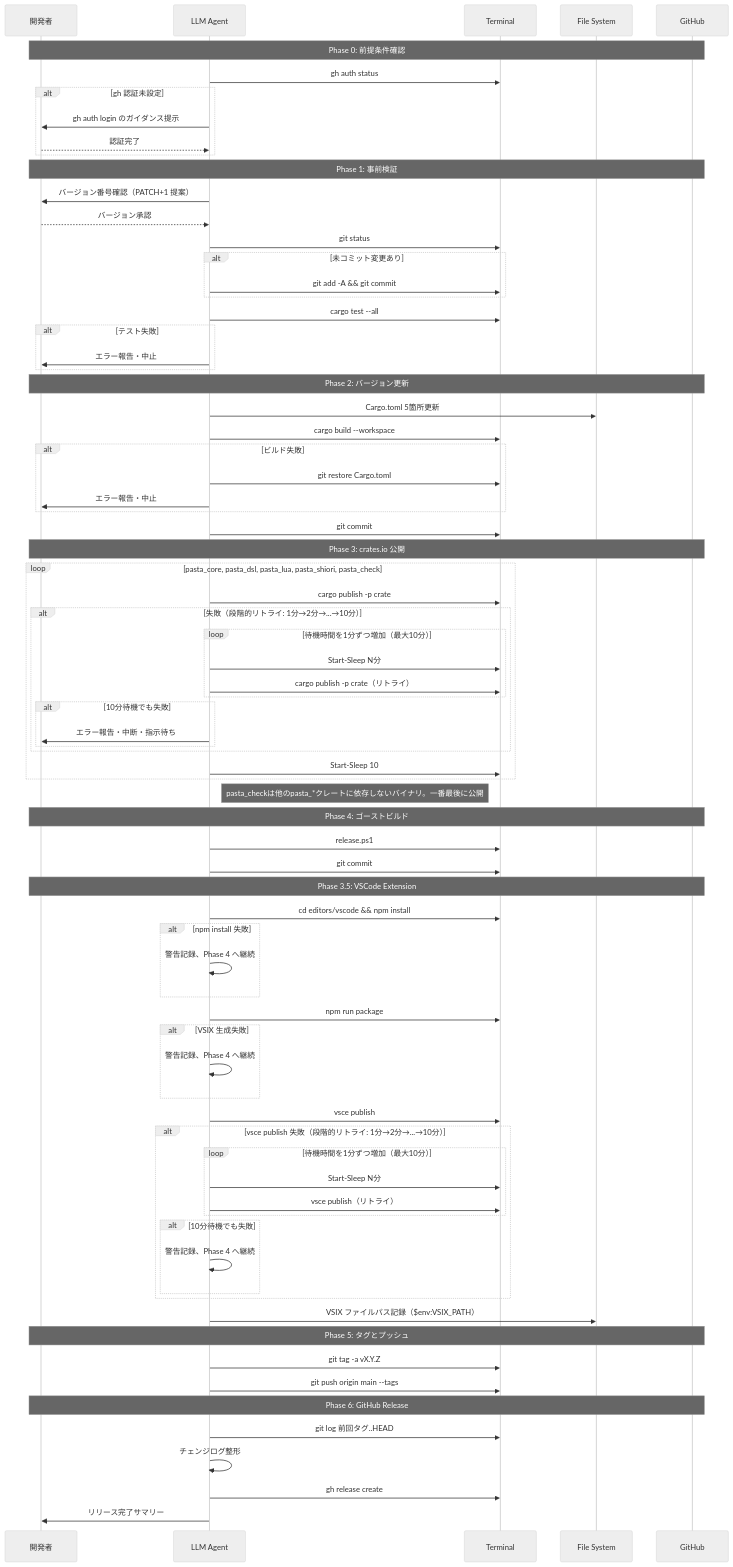
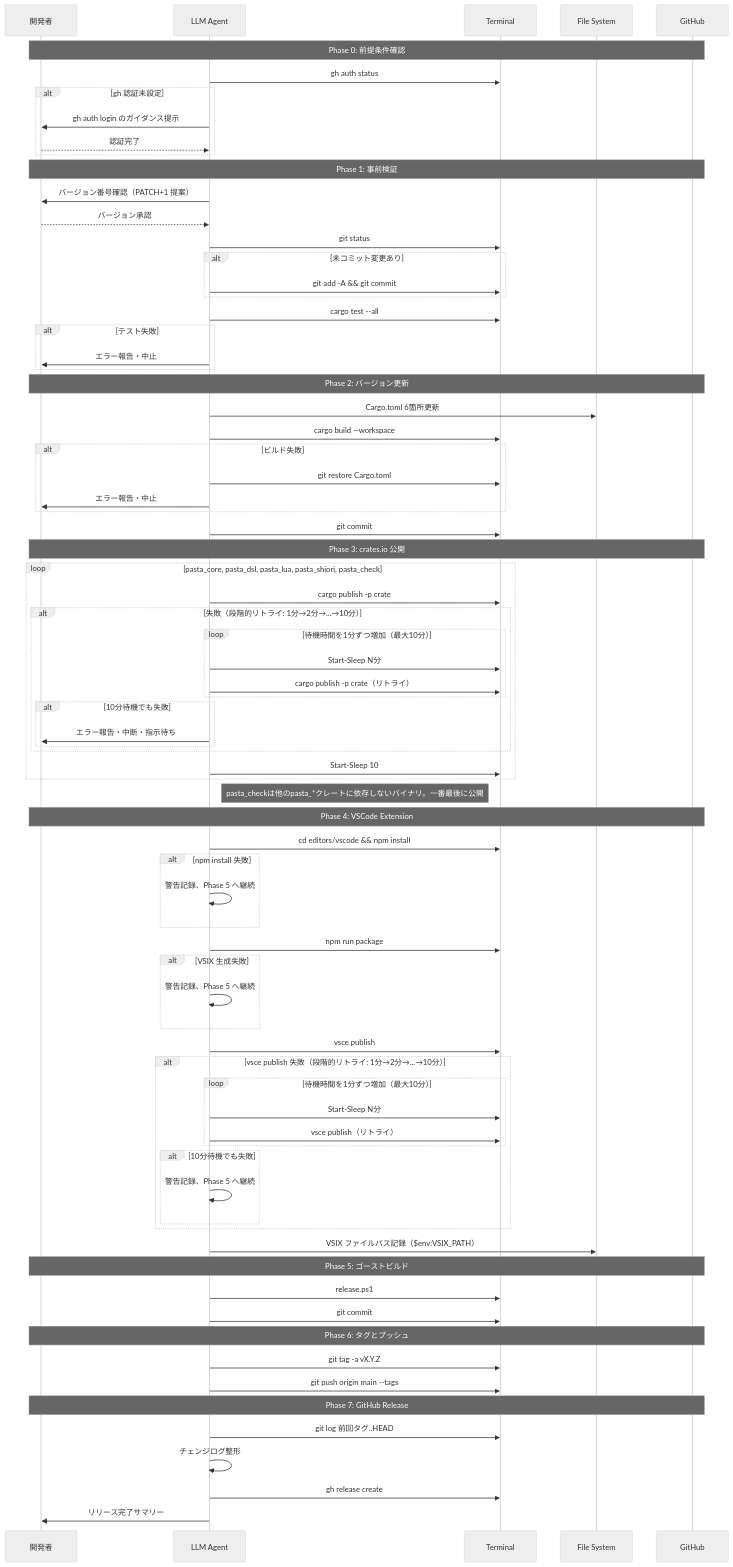
Before and after one commit to ekicyou/pasta: the second of 3 diagrams in .kiro/specs/release-workflow/design.md, drawn with Mermaid (neutral theme). The commit also changed other lines of this file and 3 other files, not shown here.

First line of the commit message:
spec(release-workflow): update to kiro SDD format with full task graph

```diff
--- a/.kiro/specs/release-workflow/design.md
+++ b/.kiro/specs/release-workflow/design.md
@@ -163,7 +218,7 @@
     end
 
     Note over Dev,GH: Phase 2: バージョン更新
-    LLM->>FS: Cargo.toml 5箇所更新
+    LLM->>FS: Cargo.toml 6箇所更新
     LLM->>Term: cargo build --workspace
     alt ビルド失敗
         LLM->>Term: git restore Cargo.toml
@@ -187,18 +242,14 @@
     end
     Note right of LLM: pasta_checkは他のpasta_*クレートに依存しないバイナリ。一番最後に公開
 
-    Note over Dev,GH: Phase 4: ゴーストビルド
-    LLM->>Term: release.ps1
-    LLM->>Term: git commit
-
-    Note over Dev,GH: Phase 3.5: VSCode Extension
+    Note over Dev,GH: Phase 4: VSCode Extension
     LLM->>Term: cd editors/vscode && npm install
     alt npm install 失敗
-        LLM->>LLM: 警告記録、Phase 4 へ継続
+        LLM->>LLM: 警告記録、Phase 5 へ継続
     end
     LLM->>Term: npm run package
     alt VSIX 生成失敗
-        LLM->>LLM: 警告記録、Phase 4 へ継続
+        LLM->>LLM: 警告記録、Phase 5 へ継続
     end
     LLM->>Term: vsce publish
     alt vsce publish 失敗（段階的リトライ: 1分→2分→...→10分）
@@ -207,16 +258,20 @@
             LLM->>Term: vsce publish（リトライ）
         end
         alt 10分待機でも失敗
-            LLM->>LLM: 警告記録、Phase 4 へ継続
+            LLM->>LLM: 警告記録、Phase 5 へ継続
         end
     end
     LLM->>FS: VSIX ファイルパス記録（$env:VSIX_PATH）
 
-    Note over Dev,GH: Phase 5: タグとプッシュ
+    Note over Dev,GH: Phase 5: ゴーストビルド
+    LLM->>Term: release.ps1
+    LLM->>Term: git commit
+
+    Note over Dev,GH: Phase 6: タグとプッシュ
     LLM->>Term: git tag -a vX.Y.Z
     LLM->>Term: git push origin main --tags
 
-    Note over Dev,GH: Phase 6: GitHub Release
+    Note over Dev,GH: Phase 7: GitHub Release
     LLM->>Term: git log 前回タグ..HEAD
     LLM->>LLM: チェンジログ整形
     LLM->>Term: gh release create
```
